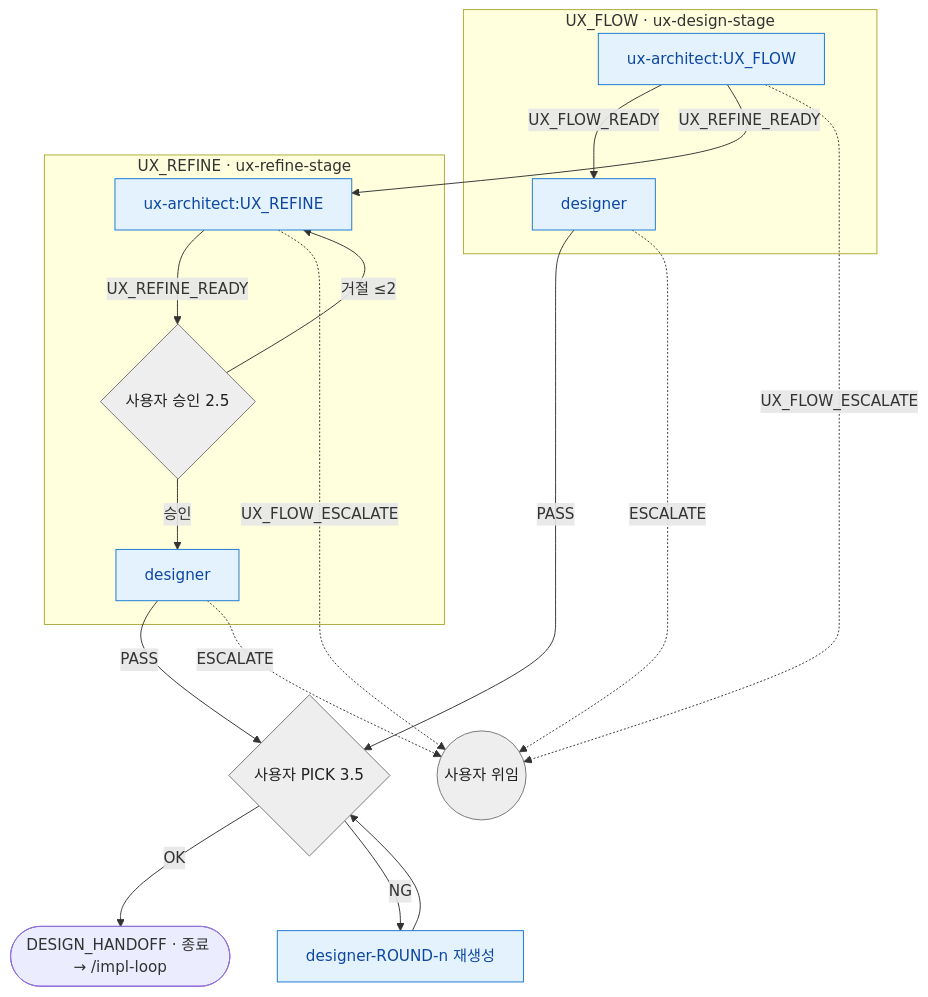
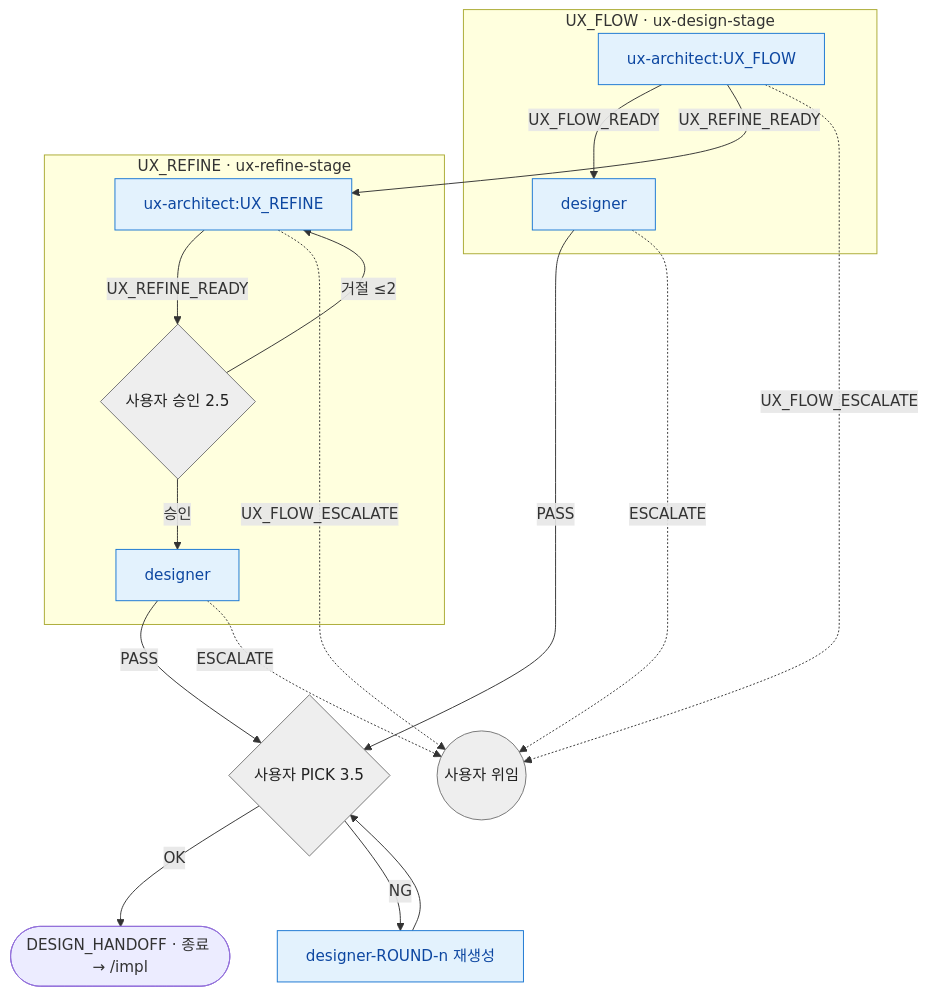
One commit to Daeguk-Sun/dcNess changed the diagram in skills/ux/ux-routing.md. Above: the diagram before and after it, drawn with Mermaid. The commit also changed other lines of this file and 31 other files, not shown here.

````diff
--- a/skills/ux/ux-routing.md
+++ b/skills/ux/ux-routing.md
@@ -15,26 +15,26 @@
 ```mermaid
 flowchart TB
   subgraph FLOW[UX_FLOW · ux-design-stage]
     UXF[ux-architect:UX_FLOW] -->|UX_FLOW_READY| DS1[designer]
   end
   subgraph REFINE[UX_REFINE · ux-refine-stage]
     UXR[ux-architect:UX_REFINE] -->|UX_REFINE_READY| AP{사용자 승인 2.5}
     AP -->|승인| DS2[designer]
     AP -->|거절 ≤2| UXR
   end
   UXF -->|UX_REFINE_READY| UXR
   DS1 -->|PASS| PICK{사용자 PICK 3.5}
   DS2 -->|PASS| PICK
-  PICK -->|OK| H([DESIGN_HANDOFF · 종료 → /impl-loop])
+  PICK -->|OK| H([DESIGN_HANDOFF · 종료 → /impl])
   PICK -->|NG| RD[designer-ROUND-n 재생성]
   RD --> PICK
   UXF -.->|UX_FLOW_ESCALATE| U((사용자 위임))
   UXR -.->|UX_FLOW_ESCALATE| U
   DS1 -.->|ESCALATE| U
   DS2 -.->|ESCALATE| U
 
   classDef produce fill:#e3f2fd,stroke:#1976d2,color:#0d47a1
   classDef user fill:#eeeeee,stroke:#757575,color:#212121
   class UXF,UXR,DS1,DS2,RD produce
   class U,AP,PICK user
 ```
````
